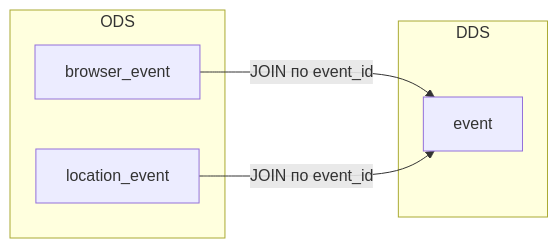
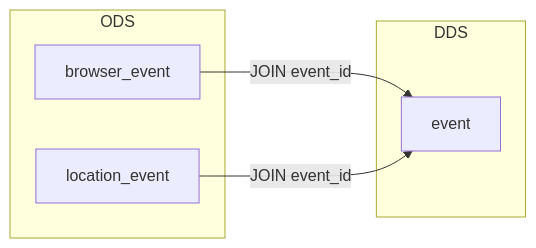
One commit to dementev-dev/clickstream-ch-kafka-superset-demo changed the fifth of 6 diagrams in docs/ARCHITECTURE.md. Above: the diagram before and after it, drawn with Mermaid. The commit also changed other lines of this file and 1 other file, not shown here.

First line of the commit message:
docs: обновлены Mermaid-диаграммы в README и ARCHITECTURE

````diff
--- a/docs/ARCHITECTURE.md
+++ b/docs/ARCHITECTURE.md
@@ -468,14 +447,14 @@
 ```mermaid
 flowchart LR
     subgraph ODS["ODS"]
         B["browser_event"]
         L["location_event"]
     end
 
     subgraph DDS["DDS"]
         EV["event"]
     end
 
-    B -->|JOIN по event_id| EV
-    L -->|JOIN по event_id| EV
+    B -->|JOIN event_id| EV
+    L -->|JOIN event_id| EV
 ```
````
